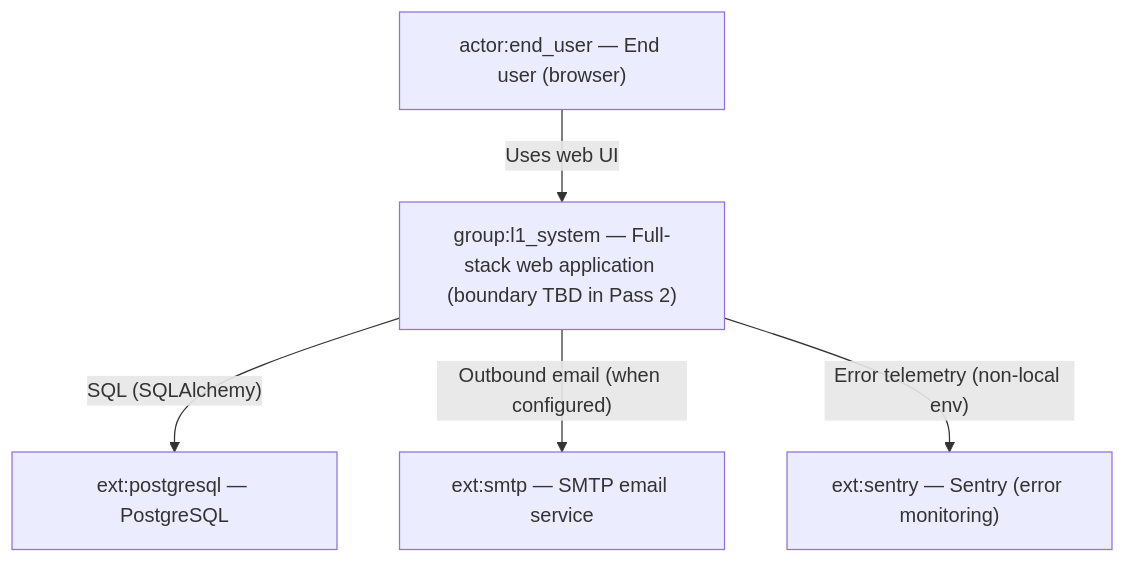
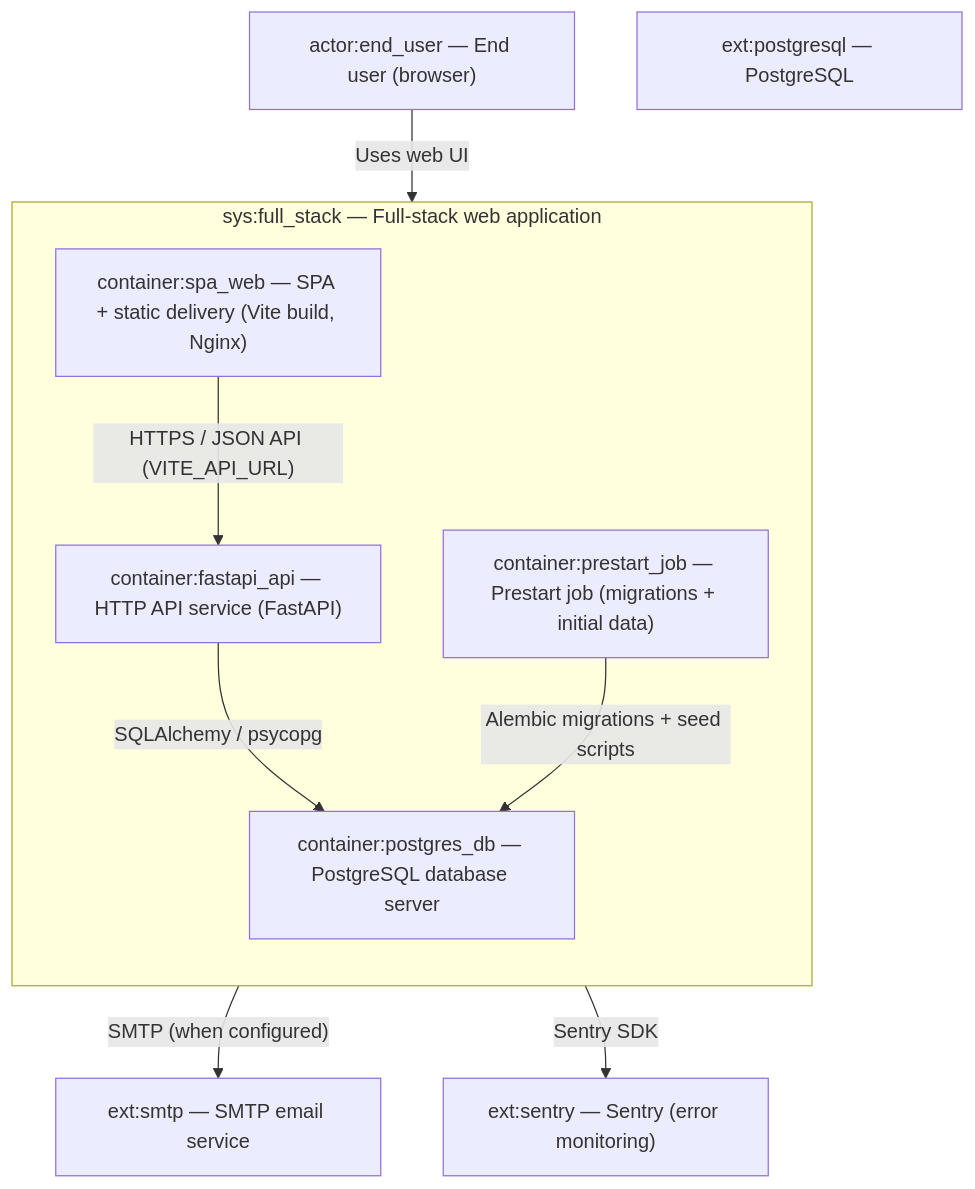
The diagram in docs/c4-live.mermaid.md (Decreen/decreen-arch-diff-demo), drawn with Mermaid before and after one commit. The commit also changed 3 other files, not shown here.

Commit message:
feat(c4): Pass 2 L2 containers and system boundary from compose

````diff
--- a/docs/c4-live.mermaid.md
+++ b/docs/c4-live.mermaid.md
@@ -3,12 +3,21 @@
 ```mermaid
 flowchart TD
   actor_end_user["actor:end_user — End user (browser)"]
-  group_l1["group:l1_system — Full-stack web application (boundary TBD in Pass 2)"]
   ext_pg["ext:postgresql — PostgreSQL"]
   ext_smtp["ext:smtp — SMTP email service"]
   ext_sentry["ext:sentry — Sentry (error monitoring)"]
-  actor_end_user -->|"Uses web UI"| group_l1
-  group_l1 -->|"SQL (SQLAlchemy)"| ext_pg
-  group_l1 -->|"Outbound email (when configured)"| ext_smtp
-  group_l1 -->|"Error telemetry (non-local env)"| ext_sentry
+  subgraph sys_full_stack["sys:full_stack — Full-stack web application"]
+    direction TB
+    %% SCOPE: urn:c4:container:sys:full_stack
+    spa["container:spa_web — SPA + static delivery (Vite build, Nginx)"]
+    api["container:fastapi_api — HTTP API service (FastAPI)"]
+    db["container:postgres_db — PostgreSQL database server"]
+    pre["container:prestart_job — Prestart job (migrations + initial data)"]
+  end
+  actor_end_user -->|"Uses web UI"| spa
+  spa -->|"HTTPS / JSON API (VITE_API_URL)"| api
+  api -->|"SQLAlchemy / psycopg"| db
+  pre -->|"Alembic migrations + seed scripts"| db
+  api -->|"SMTP (when configured)"| ext_smtp
+  api -->|"Sentry SDK"| ext_sentry
 ```
````
